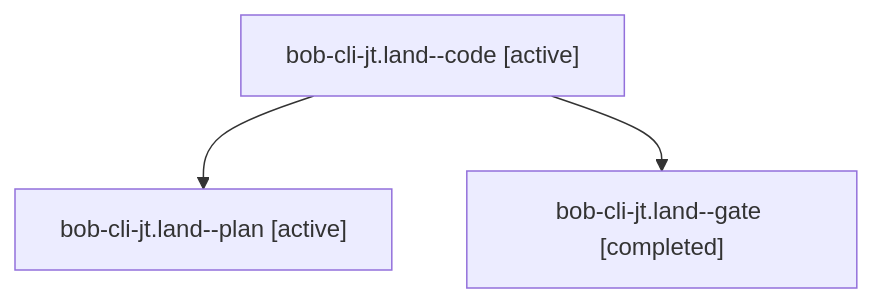
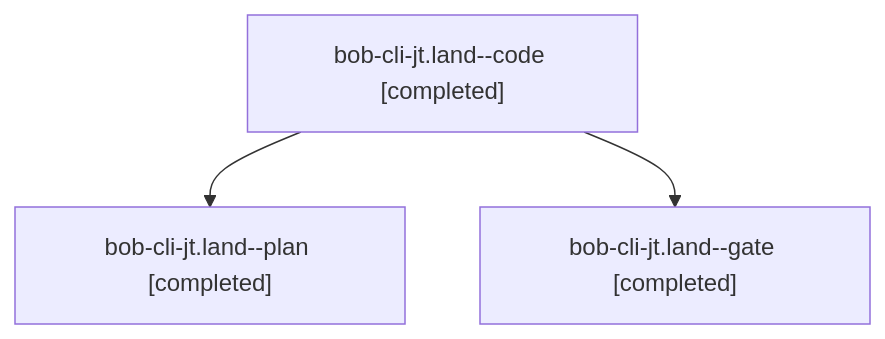
Before and after one commit to bobs-org/bob-cli--agents: the diagram in sessions/bbugyi200.athena.bob-cli-jt.land.md, drawn with Mermaid. The commit also changed other lines of this file and 27 other files, not shown here.

````diff
--- a/sessions/bbugyi200.athena.bob-cli-jt.land.md
+++ b/sessions/bbugyi200.athena.bob-cli-jt.land.md
@@ -9,8 +9,8 @@
 ```mermaid
 flowchart TD
-  n0["bob-cli-jt.land--code [active]"]
-  n1["bob-cli-jt.land--plan [active]"]
+  n0["bob-cli-jt.land--code [completed]"]
+  n1["bob-cli-jt.land--plan [completed]"]
   n0 --> n1
   n2["bob-cli-jt.land--gate [completed]"]
   n0 --> n2
 ```
````
